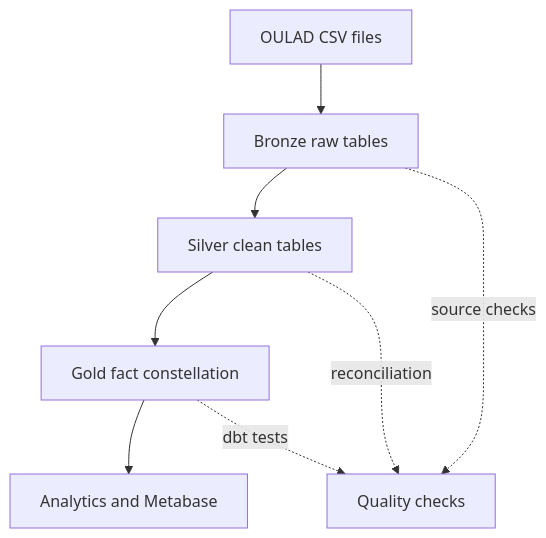
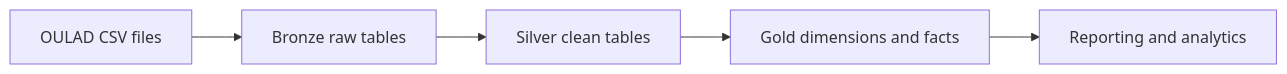
Before and after one commit to ItsYangCoder/oulad-data-engineering-pipeline: the diagram in README.md, drawn with Mermaid. The commit also changed other lines of this file and 10 other files, not shown here.

````diff
--- a/README.md
+++ b/README.md
@@ -16,10 +7,7 @@
 ```mermaid
-flowchart TD
+flowchart LR
     A[OULAD CSV files] --> B[Bronze raw tables]
     B --> C[Silver clean tables]
-    C --> D[Gold fact constellation]
-    D --> E[Analytics and Metabase]
-    B -. source checks .-> Q[Quality checks]
-    C -. reconciliation .-> Q
-    D -. dbt tests .-> Q
+    C --> D[Gold dimensions and facts]
+    D --> E[Reporting and analytics]
 ```
````
